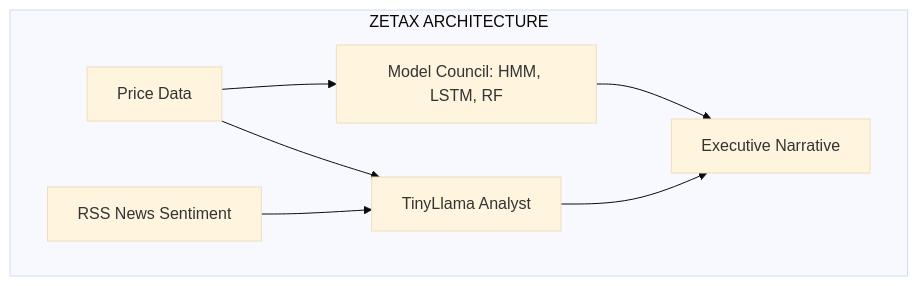
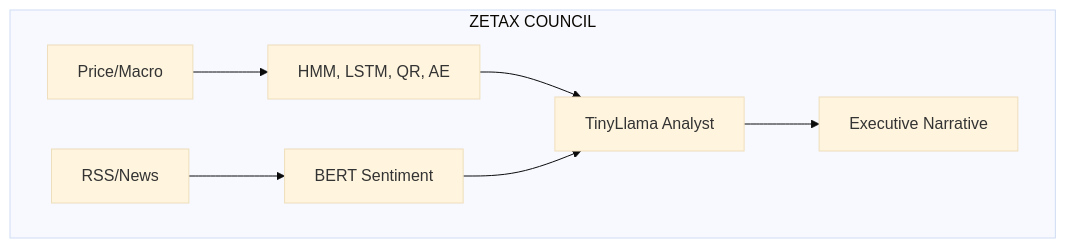
Before and after one commit to pravindev666/Tradyx-Aleph: the third of 5 diagrams in README.md, drawn with Mermaid (base theme). The commit also changed other lines of this file, not shown here.

````diff
--- a/README.md
+++ b/README.md
@@ -14,14 +53,9 @@
 ```mermaid
 graph TD
-    subgraph "ZETAX ARCHITECTURE"
-        PRICE[Price Data]
-        NEWS[RSS News Sentiment]
-        LLM[TinyLlama Analyst]
-        COUNCIL[Model Council: HMM, LSTM, RF]
-        VERDICT[Executive Narrative]
-        
-        PRICE & NEWS --> LLM
-        PRICE --> COUNCIL
-        LLM & COUNCIL --> VERDICT
+    subgraph "ZETAX COUNCIL"
+        Z_DATA["Price/Macro"] --> Z_COUNCIL["HMM, LSTM, QR, AE"]
+        Z_SENT["RSS/News"] --> Z_BERT["BERT Sentiment"]
+        Z_COUNCIL & Z_BERT --> Z_LLM["TinyLlama Analyst"]
+        Z_LLM --> Z_VERDICT["Executive Narrative"]
     end
 ```
````
